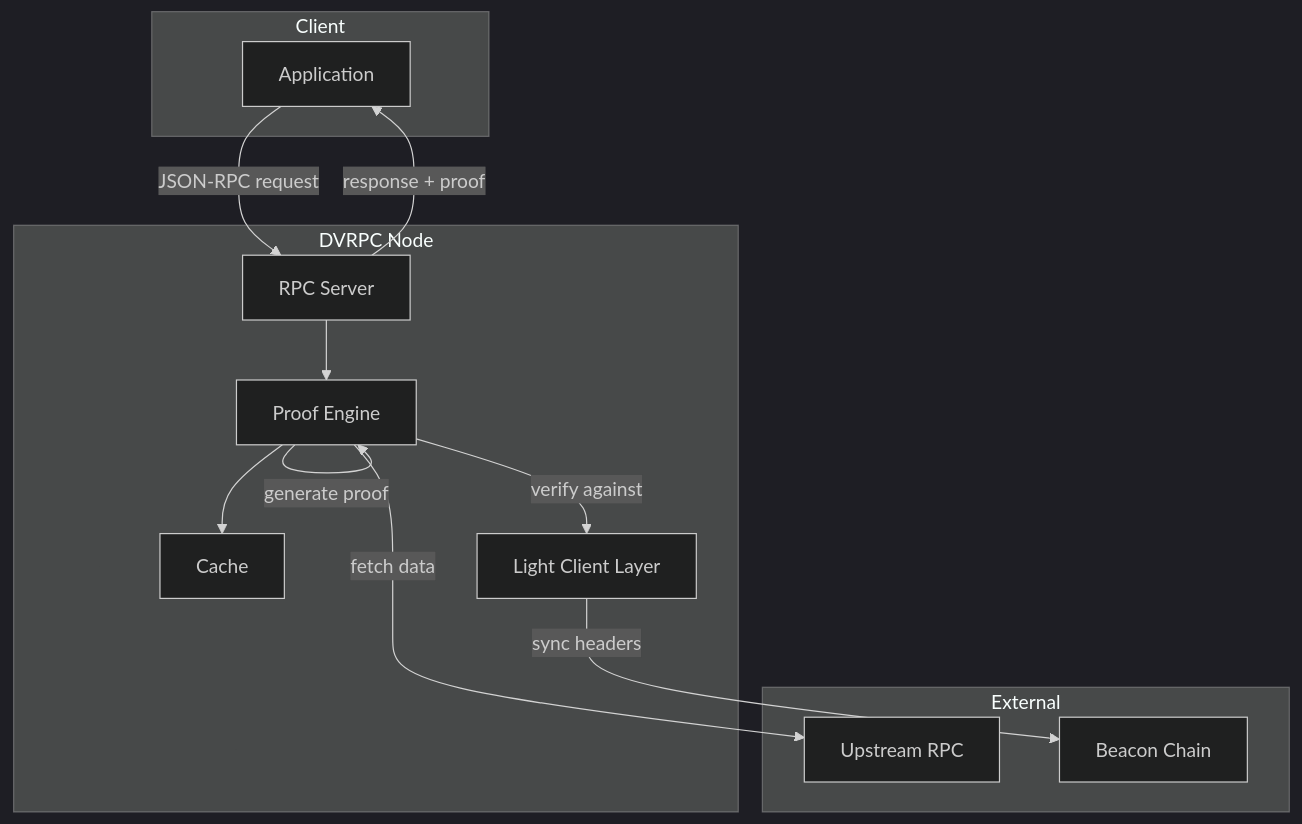
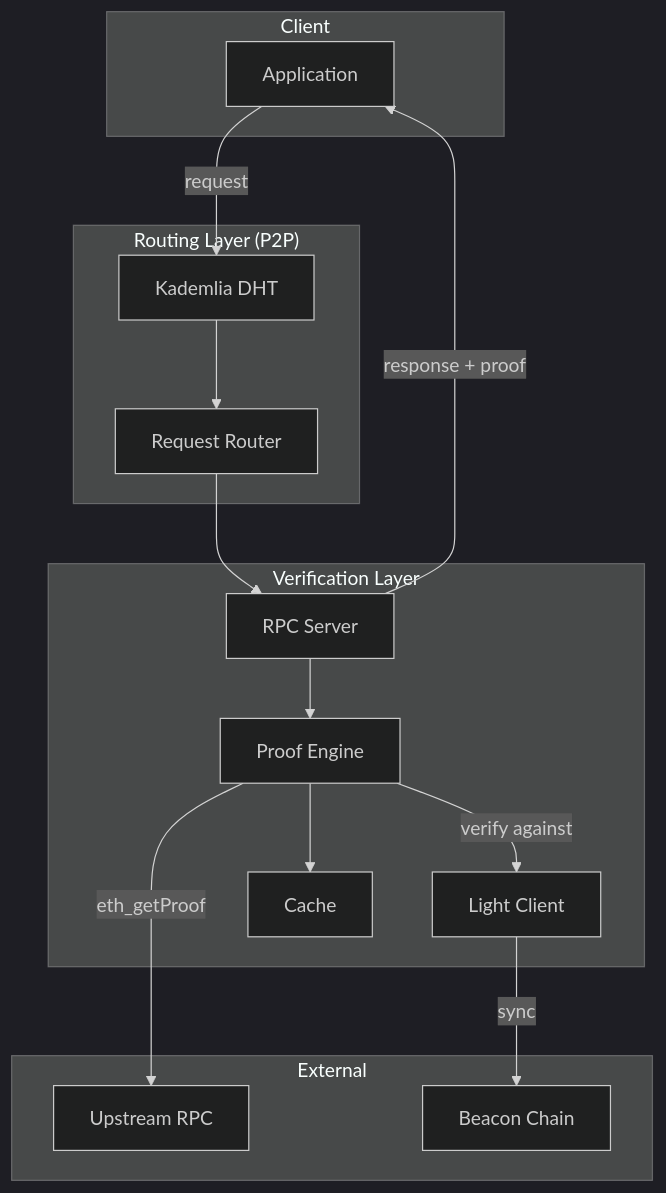
Before and after one commit to dvrpc-eth/dvrpc-docs: the diagram in docs/architecture.md, drawn with Mermaid (dark theme). The commit also changed other lines of this file and 7 other files, not shown here.

````diff
--- a/docs/architecture.md
+++ b/docs/architecture.md
@@ -48,27 +80,33 @@
 ```mermaid
 flowchart TB
     subgraph Client
         APP[Application]
     end
 
-    subgraph DVRPC["DVRPC Node"]
+    subgraph RoutingLayer["Routing Layer (P2P)"]
+        DHT[Kademlia DHT]
+        ROUTE[Request Router]
+    end
+
+    subgraph VerificationLayer["Verification Layer"]
         RPC[RPC Server]
         PE[Proof Engine]
-        LC[Light Client Layer]
+        LC[Light Client]
         CACHE[Cache]
     end
 
     subgraph External
         UPSTREAM[Upstream RPC]
         BEACON[Beacon Chain]
     end
 
-    APP -->|JSON-RPC request| RPC
+    APP -->|request| DHT
+    DHT --> ROUTE
+    ROUTE --> RPC
     RPC --> PE
-    PE -->|fetch data| UPSTREAM
-    LC -->|sync headers| BEACON
+    PE -->|eth_getProof| UPSTREAM
+    LC -->|sync| BEACON
     PE -->|verify against| LC
-    PE -->|generate proof| PE
     PE --> CACHE
     RPC -->|response + proof| APP
 ```
````
